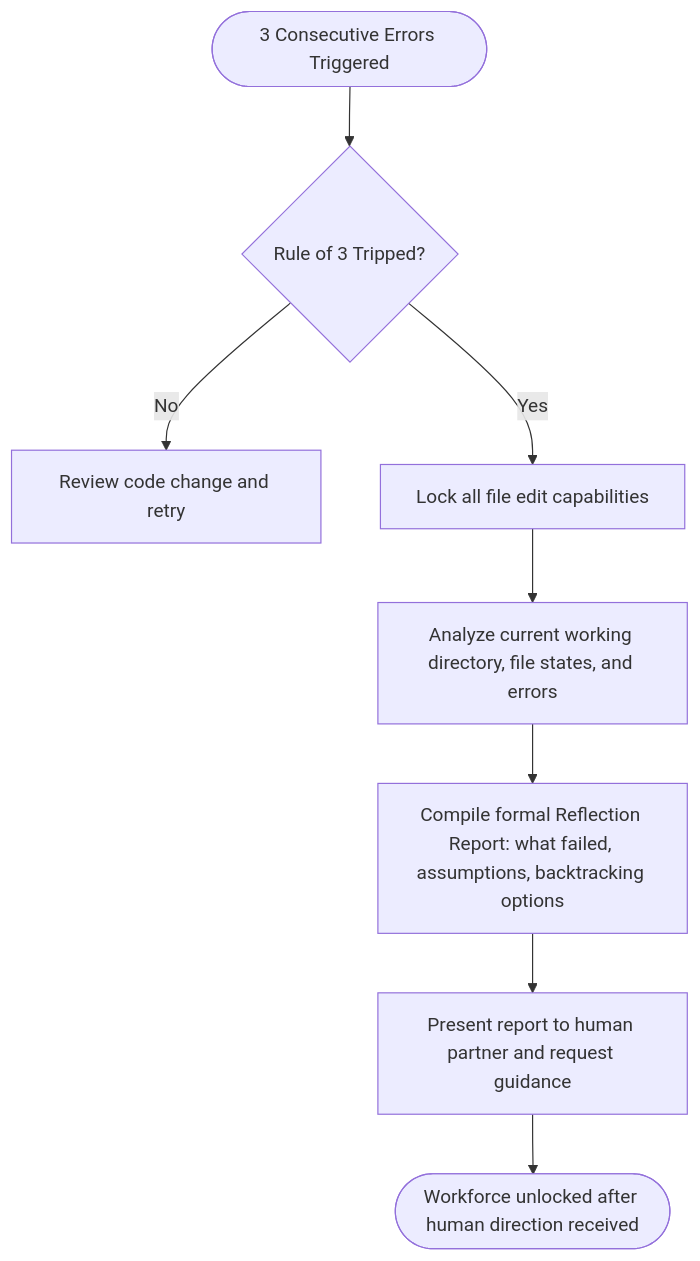
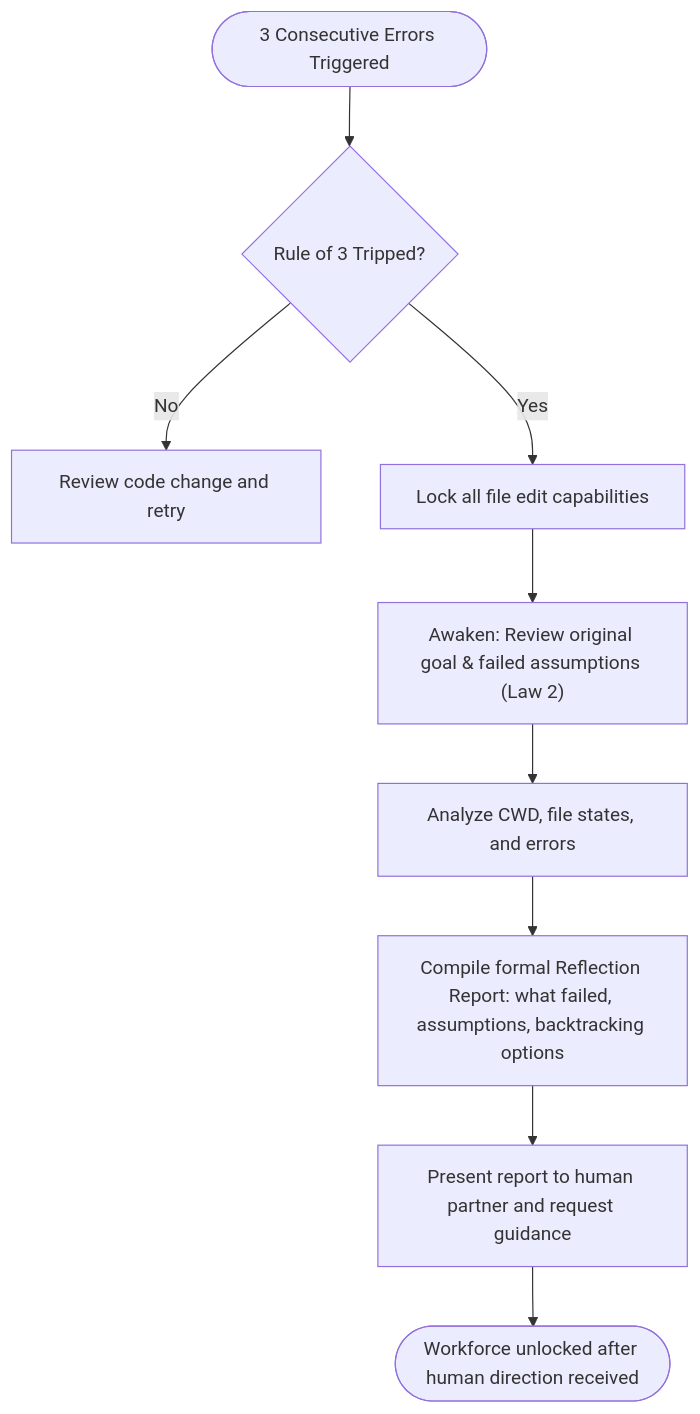
The first of 3 diagrams in docs/workflows/zoom-out.md (dyphn1/Harness-everything), drawn with Mermaid before and after one commit. The commit also changed other lines of this file and 3 other files, not shown here.

Commit message:
docs(workflows): integrate decoupled cognitive laws into workflows mermaid diagrams

````diff
--- a/docs/workflows/zoom-out.md
+++ b/docs/workflows/zoom-out.md
@@ -11,10 +11,11 @@
 ```mermaid
 graph TD
   Start([3 Consecutive Errors Triggered]) --> Tripped{Rule of 3 Tripped?}
   Tripped -->|No| Backtrack["Review code change and retry"]
   Tripped -->|Yes| LockWork["Lock all file edit capabilities"]
-  LockWork --> GatherState["Analyze current working directory, file states, and errors"]
+  LockWork --> AwakenContext["Awaken: Review original goal & failed assumptions (Law 2)"]
+  AwakenContext --> GatherState["Analyze CWD, file states, and errors"]
   GatherState --> GenReport["Compile formal Reflection Report: what failed, assumptions, backtracking options"]
   GenReport --> PresentReport["Present report to human partner and request guidance"]
   PresentReport --> End([Workforce unlocked after human direction received])
 ```
````
